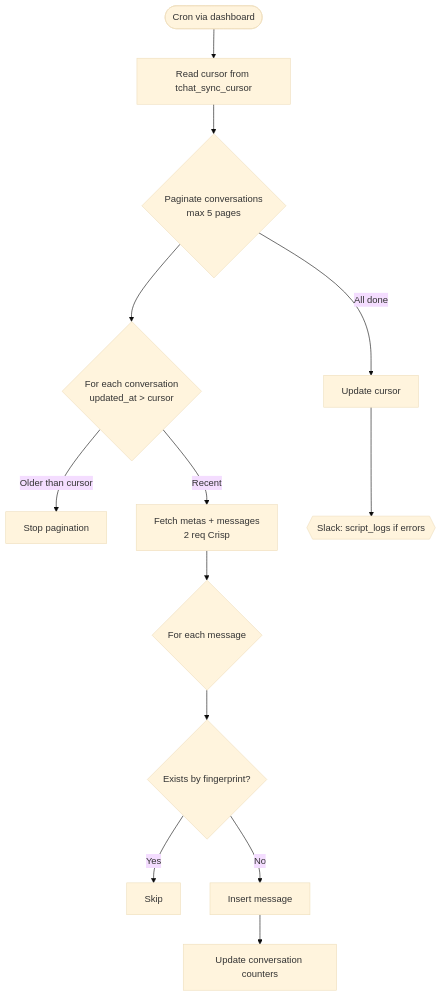
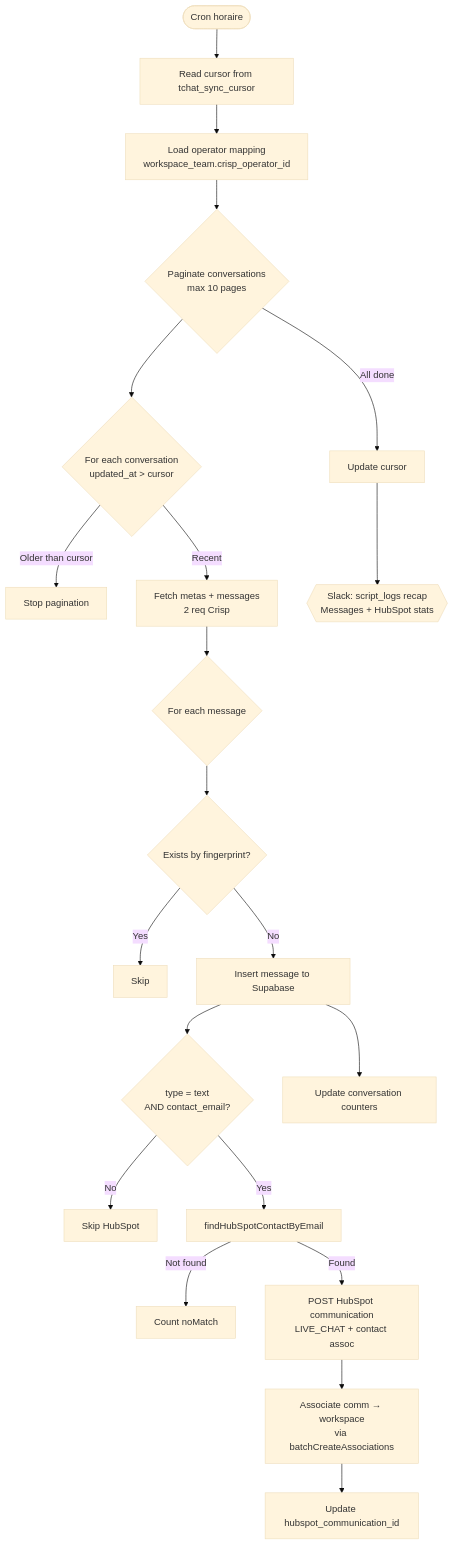
Diagram 20 of 26 in CLAUDE.md (AirSaas/linkedin-scrapp), drawn with Mermaid (base theme) before and after one commit. The commit also changed other lines of this file and 4 other files, not shown here.

First line of the commit message:
Add Crisp → HubSpot LIVE_CHAT communication sync

````diff
--- a/CLAUDE.md
+++ b/CLAUDE.md
@@ -490,15 +491,23 @@
 ```mermaid
 flowchart TD
-    A([Cron via dashboard]) --> B[Read cursor from tchat_sync_cursor]
-    B --> C{Paginate conversations<br/>max 5 pages}
+    A([Cron horaire]) --> B[Read cursor from tchat_sync_cursor]
+    B --> B2[Load operator mapping<br/>workspace_team.crisp_operator_id]
+    B2 --> C{Paginate conversations<br/>max 10 pages}
     C --> D{For each conversation<br/>updated_at > cursor}
     D -->|Older than cursor| E[Stop pagination]
     D -->|Recent| F[Fetch metas + messages<br/>2 req Crisp]
     F --> G{For each message}
     G --> H{Exists by fingerprint?}
     H -->|Yes| I[Skip]
-    H -->|No| J[Insert message]
-    J --> K[Update conversation counters]
-    C -->|All done| L[Update cursor]
-    L --> M{{Slack: script_logs if errors}}
+    H -->|No| J[Insert message to Supabase]
+    J --> K{type = text<br/>AND contact_email?}
+    K -->|No| L[Skip HubSpot]
+    K -->|Yes| M[findHubSpotContactByEmail]
+    M -->|Not found| N[Count noMatch]
+    M -->|Found| O[POST HubSpot communication<br/>LIVE_CHAT + contact assoc]
+    O --> P[Associate comm → workspace<br/>via batchCreateAssociations]
+    P --> Q[Update hubspot_communication_id]
+    J --> R[Update conversation counters]
+    C -->|All done| S[Update cursor]
+    S --> T{{Slack: script_logs recap<br/>Messages + HubSpot stats}}
 ```
````
